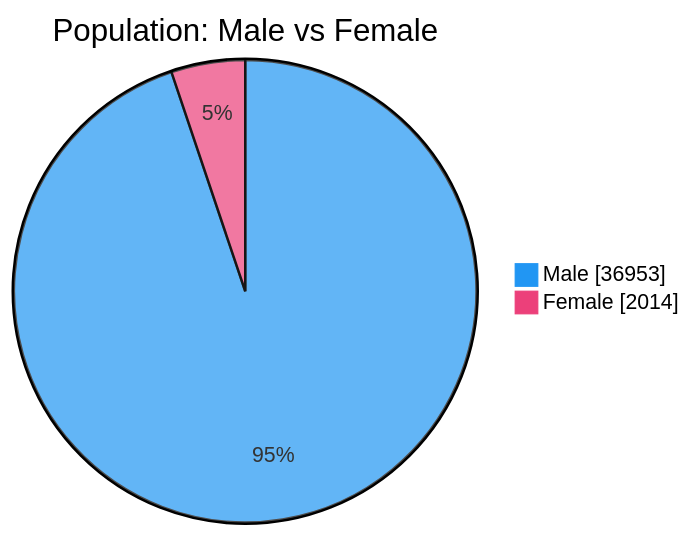
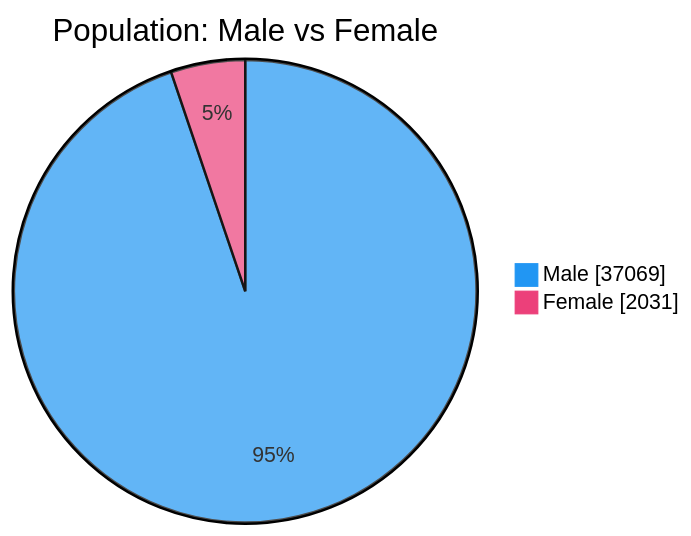
The second of 7 diagrams in README.md (nuuuwan/lk_prisons), drawn with Mermaid before and after one commit. The commit also changed other lines of this file and 1 other file, not shown here.

````diff
--- a/README.md
+++ b/README.md
@@ -54,6 +54,6 @@
 ```mermaid
 %%{init: {'themeVariables': {'pie1': '#2196F3', 'pie2': '#EC407A'}}}%%
 pie showData title Population: Male vs Female
-    "Male" : 36953
-    "Female" : 2014
+    "Male" : 37069
+    "Female" : 2031
 ```
````
